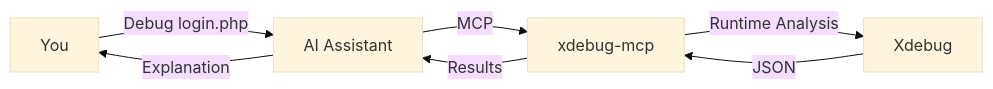
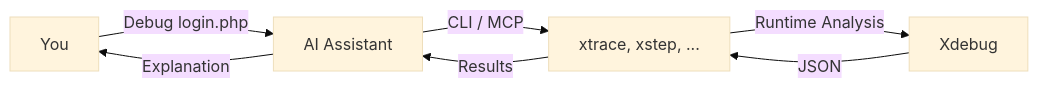
The diagram in README.md (koriym/xdebug-mcp), drawn with Mermaid (base theme) before and after one commit. The commit also changed other lines of this file and 15 other files, not shown here.

````diff
--- a/README.md
+++ b/README.md
@@ -143,9 +127,9 @@
 ```mermaid
 flowchart LR
     A[You] -->|"Debug login.php"| B[AI Assistant]
-    B -->|MCP| C[xdebug-mcp]
+    B -->|CLI / MCP| C[xtrace, xstep, ...]
     C -->|Runtime Analysis| D[Xdebug]
     D -->|JSON| C
     C -->|Results| B
     B -->|Explanation| A
 ```
````
